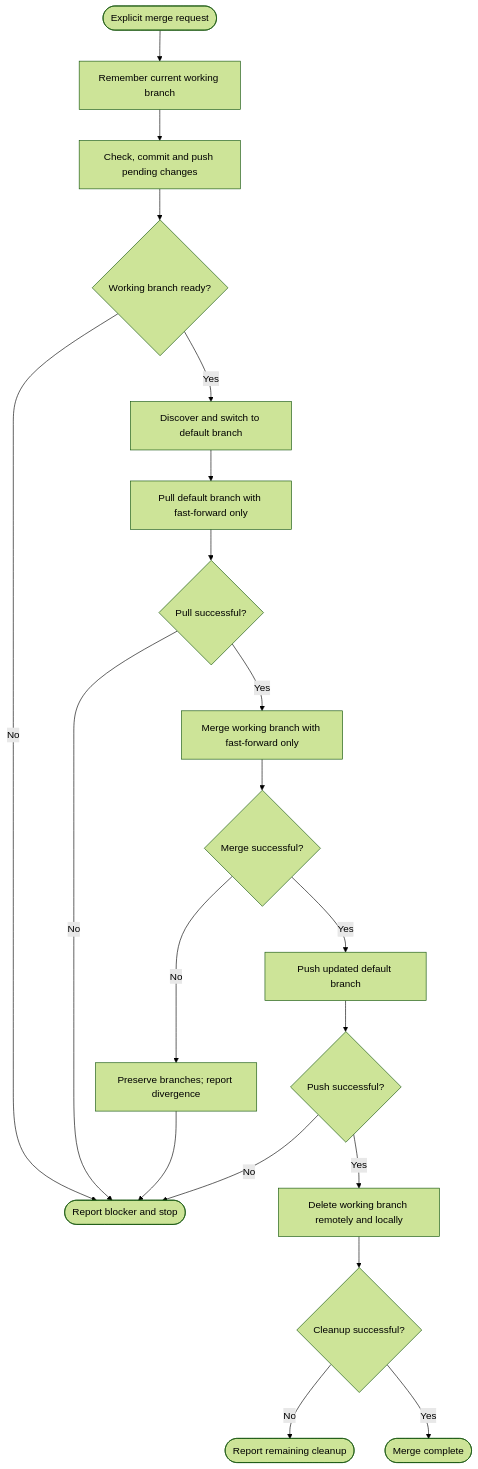
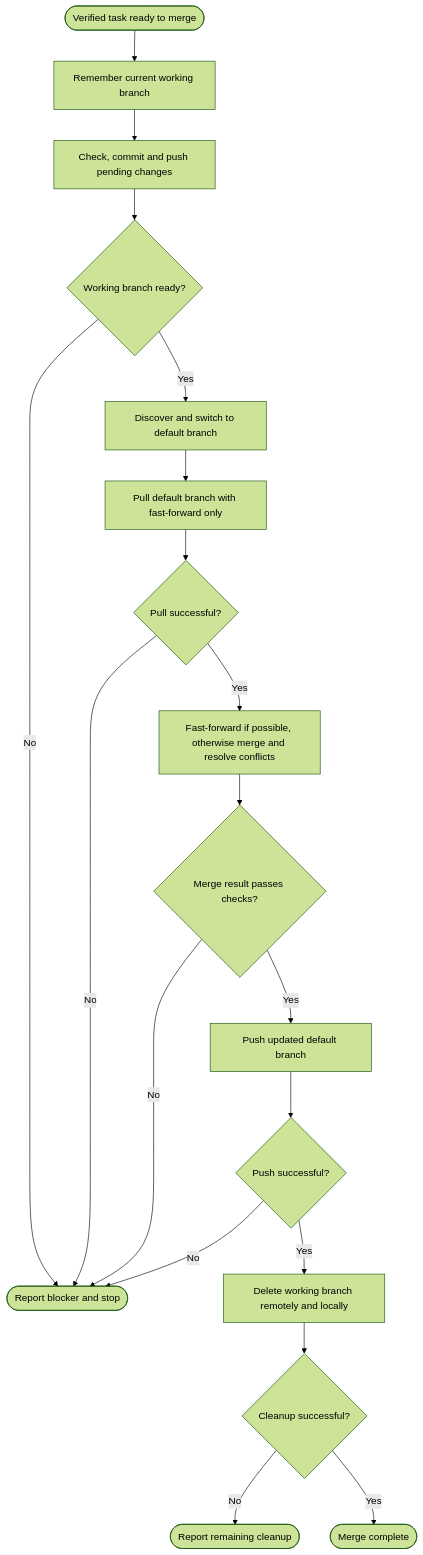
One commit to xtrmstep/codex-stats-analyzer changed the second of 3 diagrams in AGENTS.md. Above: the diagram before and after it, drawn with Mermaid (forest theme). The commit also changed other lines of this file, not shown here.

Commit message:
workflow: merge verified tasks by default

````diff
--- a/AGENTS.md
+++ b/AGENTS.md
@@ -91,22 +92,21 @@
 ```mermaid
 flowchart TD
-    A([Explicit merge request]) --> B["Remember current working branch"]
+    A([Verified task ready to merge]) --> B["Remember current working branch"]
     B --> C["Check, commit and push pending changes"]
     C --> D{"Working branch ready?"}
     D -- No --> X([Report blocker and stop])
     D -- Yes --> E["Discover and switch to default branch"]
     E --> F["Pull default branch with fast-forward only"]
     F --> G{"Pull successful?"}
     G -- No --> X
-    G -- Yes --> H["Merge working branch with fast-forward only"]
-    H --> I{"Merge successful?"}
-    I -- No --> J["Preserve branches; report divergence"]
-    J --> X
+    G -- Yes --> H["Fast-forward if possible, otherwise merge and resolve conflicts"]
+    H --> I{"Merge result passes checks?"}
+    I -- No --> X
     I -- Yes --> K["Push updated default branch"]
     K --> L{"Push successful?"}
     L -- No --> X
     L -- Yes --> M["Delete working branch remotely and locally"]
     M --> N{"Cleanup successful?"}
     N -- No --> O([Report remaining cleanup])
     N -- Yes --> P([Merge complete])
 ```
````
